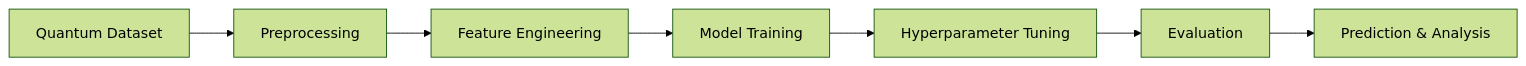
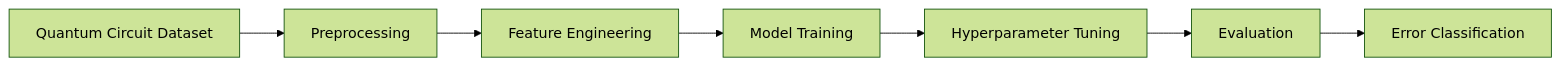
Before and after one commit to edwingeorgeshaji/Quantum-Circuit-Error-Classification: the diagram in README.md, drawn with Mermaid (forest theme). The commit also changed other lines of this file, not shown here.

````diff
--- a/README.md
+++ b/README.md
@@ -113,9 +32,9 @@
 ```mermaid
-graph LR
-A[Quantum Dataset] --> B[Preprocessing]
-B --> C[Feature Engineering]
-C --> D[Model Training]
-D --> E[Hyperparameter Tuning]
-E --> F[Evaluation]
-F --> G[Prediction & Analysis]
+flowchart LR
+    A[Quantum Circuit Dataset] --> B[Preprocessing]
+    B --> C[Feature Engineering]
+    C --> D[Model Training]
+    D --> E[Hyperparameter Tuning]
+    E --> F[Evaluation]
+    F --> G[Error Classification]
 ```
````
